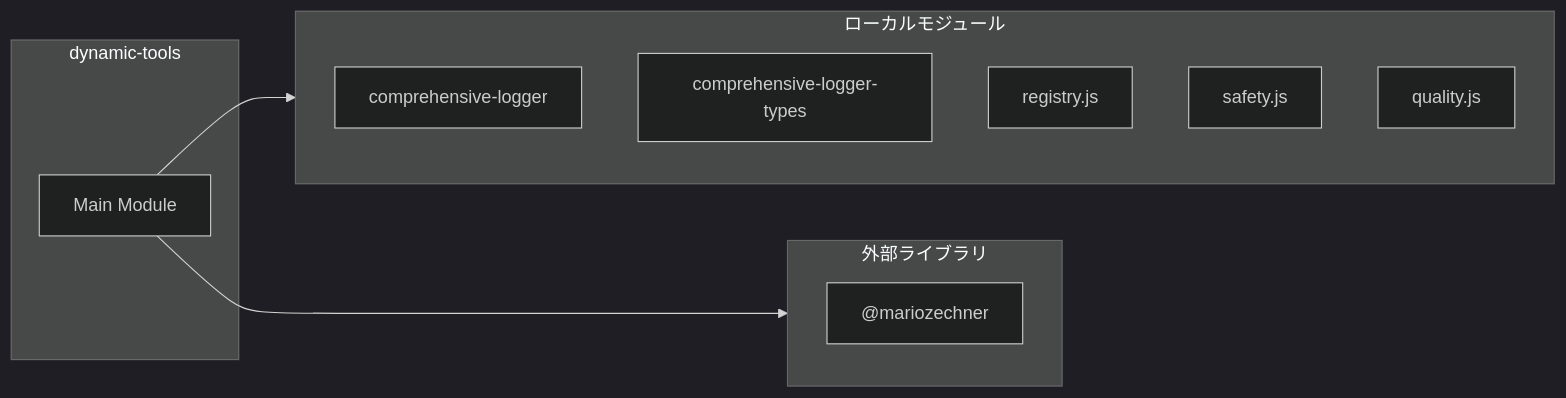
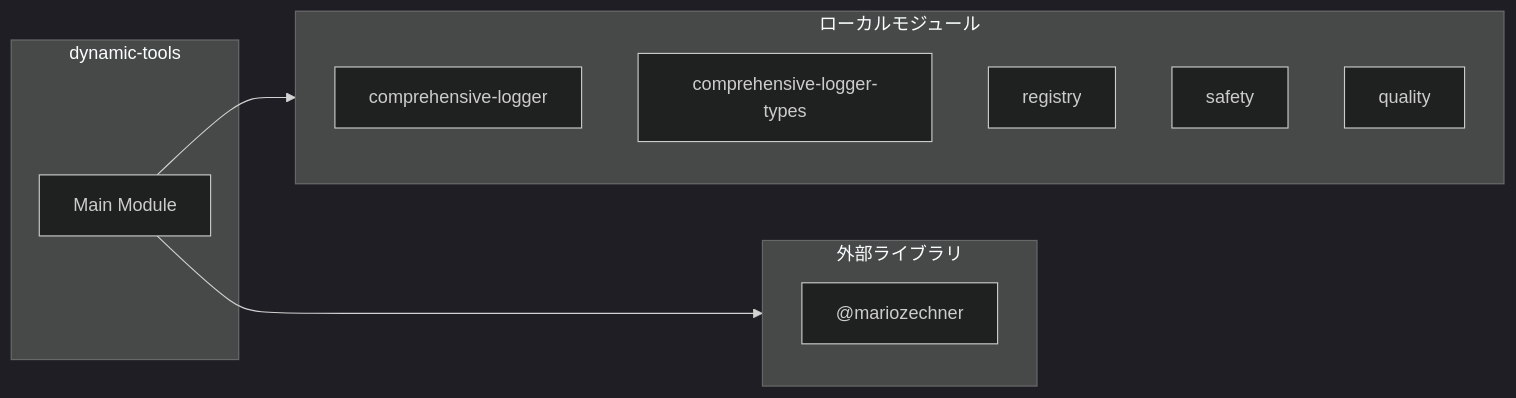
Before and after one commit to Mekann2904/mekann: the second of 3 diagrams in ABDD/.pi/extensions/dynamic-tools.md, drawn with Mermaid (dark theme). The commit also changed other lines of this file and 174 other files, not shown here.

First line of the commit message:
fix(docs): ABDDのMermaid図生成エラーを修正する

````diff
--- a/ABDD/.pi/extensions/dynamic-tools.md
+++ b/ABDD/.pi/extensions/dynamic-tools.md
@@ -77,19 +77,19 @@
 ```mermaid
 flowchart LR
   subgraph this[dynamic-tools]
     main[Main Module]
   end
   subgraph local[ローカルモジュール]
     comprehensive_logger["comprehensive-logger"]
     comprehensive_logger_types["comprehensive-logger-types"]
-    registry_js["registry.js"]
-    safety_js["safety.js"]
-    quality_js["quality.js"]
+    registry["registry"]
+    safety["safety"]
+    quality["quality"]
   end
   main --> local
   subgraph external[外部ライブラリ]
     _mariozechner["@mariozechner"]
     _mariozechner["@mariozechner"]
   end
   main --> external
 ```
````
